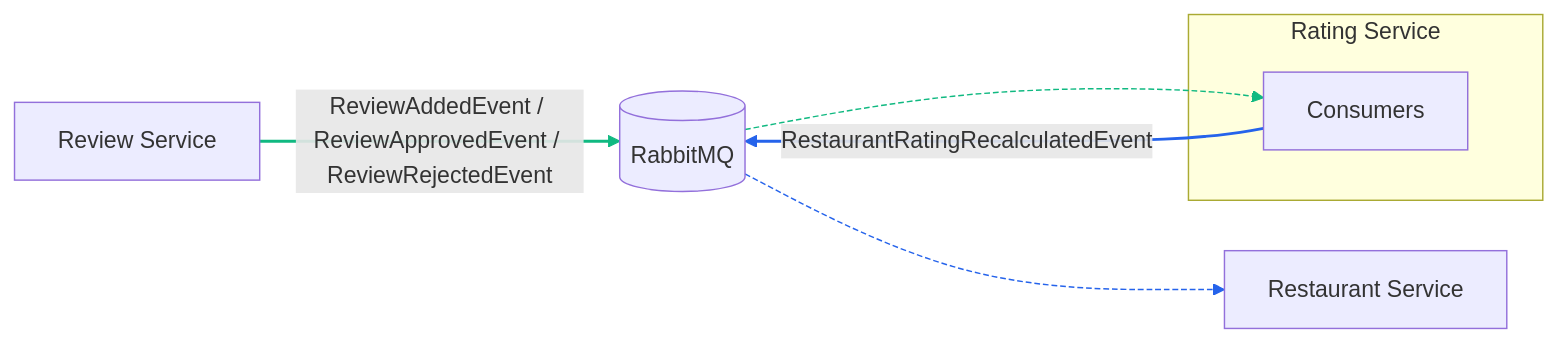
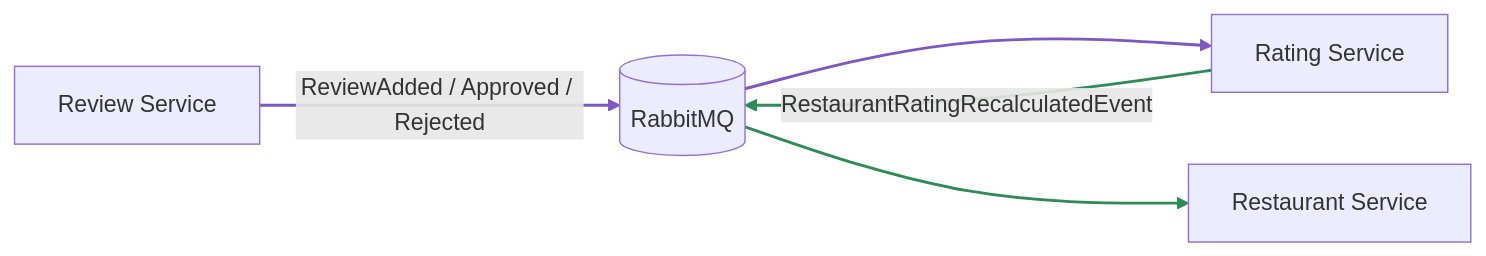
Before and after one commit to bagermoon/otuscode: the diagram in docs/services/RatingService.md, drawn with Mermaid. The commit also changed other lines of this file and 9 other files, not shown here.

Commit message:
docs(services): update service documentation and diagrams

````diff
--- a/docs/services/RatingService.md
+++ b/docs/services/RatingService.md
@@ -90,25 +25,17 @@
 ```mermaid
 flowchart LR
-    %% Входящие события от Review
-    RV[Review Service] -- ReviewAddedEvent / ReviewApprovedEvent / ReviewRejectedEvent --> MQ[(RabbitMQ)]
-    MQ --> RT
+    REV[Review Service]
+    RAT[Rating Service]
+    REST[Restaurant Service]
+    MQ[(RabbitMQ)]
 
-    subgraph Rating_Service[Rating Service]
-        RT[Consumers]
-    end
-
-    %% Исходящая проекция рейтинга
-    RT -- RestaurantRatingRecalculatedEvent --> MQ
-    MQ --> RS[Restaurant Service]
-
-    %% Подсветка стрелок для визуализации семейств событий
-    %% 0: RV->MQ (события Review)
-    linkStyle 0 stroke:#10b981,stroke-width:2px
-    %% 1: MQ->RT (доставка событий Review)
-    linkStyle 1 stroke:#10b981,stroke-dasharray: 4 2
-
-    %% 2: RT->MQ (события Rating)
-    linkStyle 2 stroke:#2563eb,stroke-width:2px
-    %% 3: MQ->RS (доставка событий Rating)
-    linkStyle 3 stroke:#2563eb,stroke-dasharray: 4 2
+    REV -->|ReviewAdded / Approved / Rejected| MQ
+    MQ --> RAT
+    RAT -->|RestaurantRatingRecalculatedEvent| MQ
+    MQ --> REST
+    
+    linkStyle 0 stroke:#7e57c2,stroke-width:2px
+    linkStyle 1 stroke:#7e57c2,stroke-width:2px
+    linkStyle 2 stroke:#2e8b57,stroke-width:2px
+    linkStyle 3 stroke:#2e8b57,stroke-width:2px
 ```
````
